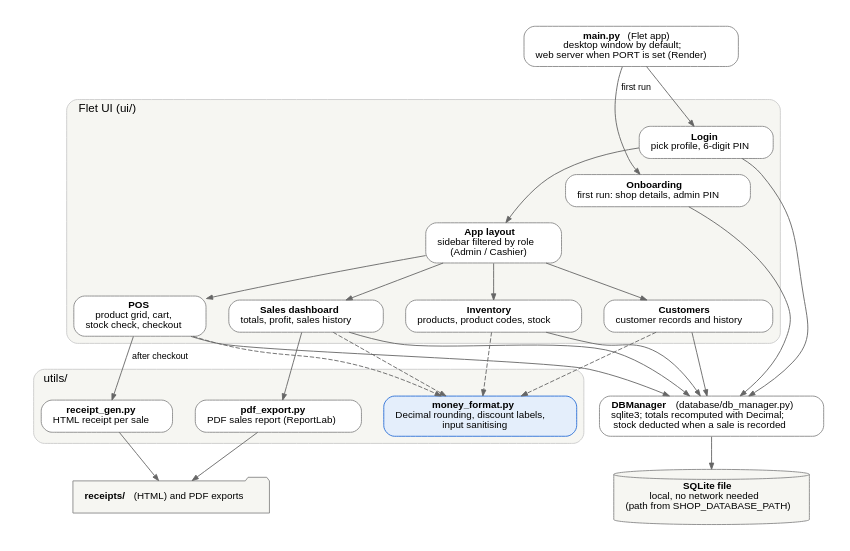
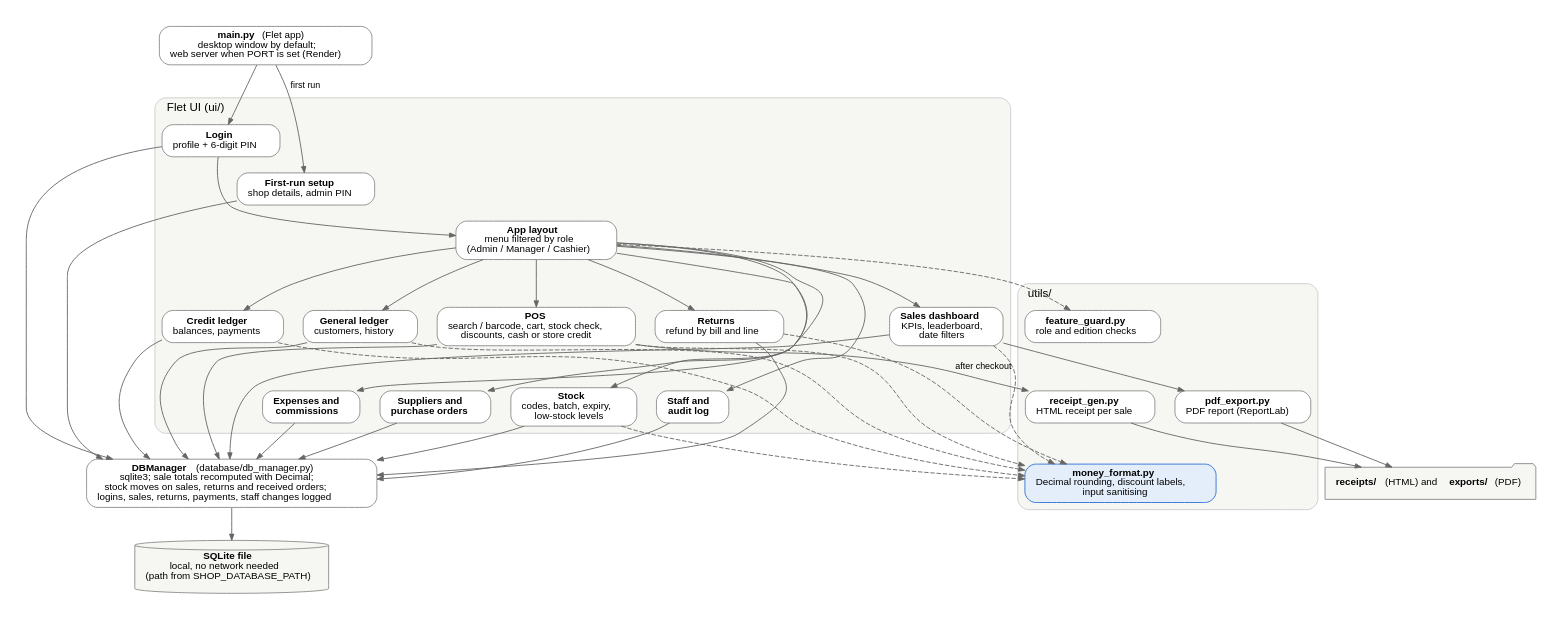
One commit to shoaib-javeed-05/my-local-shop-pos changed the diagram in docs/diagrams/src/architecture.dot. Above: the diagram before and after it, drawn with Graphviz. The commit also changed 28 other files, not shown here.

```diff
--- a/docs/diagrams/src/architecture.dot
+++ b/docs/diagrams/src/architecture.dot
@@ -1,43 +1,53 @@
 // My Local Shop: architecture of the app as it exists in the private repository (Nov 2026).
 // Blue = module published in this showcase repository.
 digraph architecture {
-  graph [rankdir=TB, fontname="Helvetica", fontsize=13, nodesep=0.35, ranksep=0.5, pad=0.3, bgcolor="white", newrank=true];
-  node  [shape=box, style="rounded,filled", fillcolor="#ffffff", color="#888888", fontname="Helvetica", fontsize=11, margin="0.18,0.08"];
+  graph [rankdir=TB, fontname="Helvetica", fontsize=13, nodesep=0.3, ranksep=0.5, pad=0.3, bgcolor="white", newrank=true];
+  node  [shape=box, style="rounded,filled", fillcolor="#ffffff", color="#888888", fontname="Helvetica", fontsize=11, margin="0.16,0.07"];
   edge  [color="#666666", fontname="Helvetica", fontsize=10, arrowsize=0.7];
 
   main [label=<<b>main.py</b> (Flet app)<br/>desktop window by default;<br/>web server when PORT is set (Render)>];
 
   subgraph cluster_ui {
     label="Flet UI (ui/)"; labeljust=l; style="rounded,filled"; fillcolor="#f6f6f2"; color="#cccccc";
-    onboard [label=<<b>Onboarding</b><br/>first run: shop details, admin PIN>];
-    login   [label=<<b>Login</b><br/>pick profile, 6-digit PIN>];
-    layout  [label=<<b>App layout</b><br/>sidebar filtered by role<br/>(Admin / Cashier)>];
-    pos     [label=<<b>POS</b><br/>product grid, cart,<br/>stock check, checkout>];
-    inv     [label=<<b>Inventory</b><br/>products, product codes, stock>];
-    cust    [label=<<b>Customers</b><br/>customer records and history>];
-    dash    [label=<<b>Sales dashboard</b><br/>totals, profit, sales history>];
+    onboard [label=<<b>First-run setup</b><br/>shop details, admin PIN>];
+    login   [label=<<b>Login</b><br/>profile + 6-digit PIN>];
+    layout  [label=<<b>App layout</b><br/>menu filtered by role<br/>(Admin / Manager / Cashier)>];
+    pos     [label=<<b>POS</b><br/>search / barcode, cart, stock check,<br/>discounts, cash or store credit>];
+    ret     [label=<<b>Returns</b><br/>refund by bill and line>];
+    credit  [label=<<b>Credit ledger</b><br/>balances, payments>];
+    cust    [label=<<b>General ledger</b><br/>customers, history>];
+    inv     [label=<<b>Stock</b><br/>codes, batch, expiry,<br/>low-stock levels>];
+    po      [label=<<b>Suppliers and<br/>purchase orders</b>>];
+    fin     [label=<<b>Expenses and<br/>commissions</b>>];
+    staff   [label=<<b>Staff and<br/>audit log</b>>];
+    dash    [label=<<b>Sales dashboard</b><br/>KPIs, leaderboard,<br/>date filters>];
   }
 
   subgraph cluster_util {
     label="utils/"; labeljust=l; style="rounded,filled"; fillcolor="#f6f6f2"; color="#cccccc";
+    guard   [label=<<b>feature_guard.py</b><br/>role and edition checks>];
     money   [label=<<b>money_format.py</b><br/>Decimal rounding, discount labels,<br/>input sanitising>, fillcolor="#e4eefb", color="#2a6fd6"];
     receipt [label=<<b>receipt_gen.py</b><br/>HTML receipt per sale>];
-    pdf     [label=<<b>pdf_export.py</b><br/>PDF sales report (ReportLab)>];
+    pdf     [label=<<b>pdf_export.py</b><br/>PDF report (ReportLab)>];
   }
 
-  db   [label=<<b>DBManager</b> (database/db_manager.py)<br/>sqlite3; totals recomputed with Decimal;<br/>stock deducted when a sale is recorded>];
+  db   [label=<<b>DBManager</b> (database/db_manager.py)<br/>sqlite3; sale totals recomputed with Decimal;<br/>stock moves on sales, returns and received orders;<br/>logins, sales, returns, payments, staff changes logged>];
   file [label=<<b>SQLite file</b><br/>local, no network needed<br/>(path from SHOP_DATABASE_PATH)>, shape=cylinder, style="filled", fillcolor="#f6f6f2"];
-  out  [label=<<b>receipts/</b> (HTML) and PDF exports>, shape=folder, style="filled", fillcolor="#f6f6f2"];
+  out  [label=<<b>receipts/</b> (HTML) and <b>exports/</b> (PDF)>, shape=folder, style="filled", fillcolor="#f6f6f2"];
 
   main -> onboard [label=" first run"];
   main -> login;
   login -> layout;
-  layout -> pos; layout -> inv; layout -> cust; layout -> dash;
-  pos -> money [style=dashed]; inv -> money [style=dashed]; dash -> money [style=dashed]; cust -> money [style=dashed];
+  layout -> guard [style=dashed];
+  layout -> {pos ret credit cust dash};
+  layout -> {inv po fin staff} [constraint=false];
+  {pos ret credit cust inv dash} -> money [style=dashed];
   pos -> receipt [label=" after checkout"];
   dash -> pdf;
   receipt -> out; pdf -> out;
-  pos -> db; inv -> db; cust -> db; dash -> db; login -> db; onboard -> db;
+  {pos ret credit cust inv po fin staff dash login onboard} -> db;
   db -> file;
-  {rank=same; pos; inv; cust; dash}
+  {rank=same; pos; ret; credit; cust; dash}
+  {rank=same; inv; po; fin; staff}
+  pos -> inv [style=invis]; credit -> po [style=invis]; dash -> staff [style=invis];
 }
```
